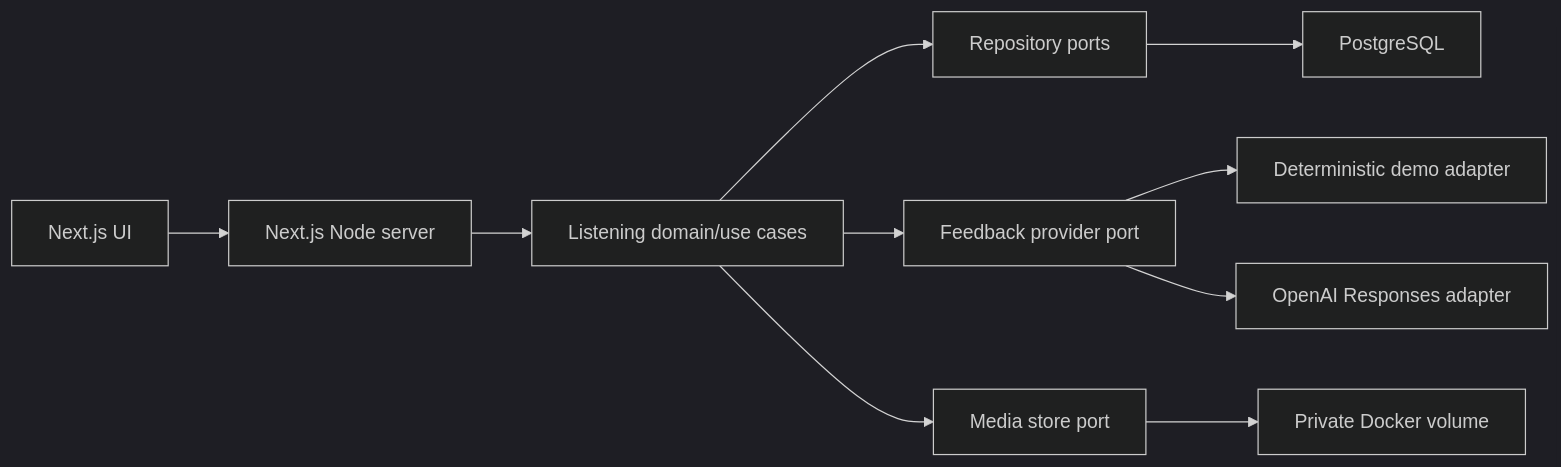
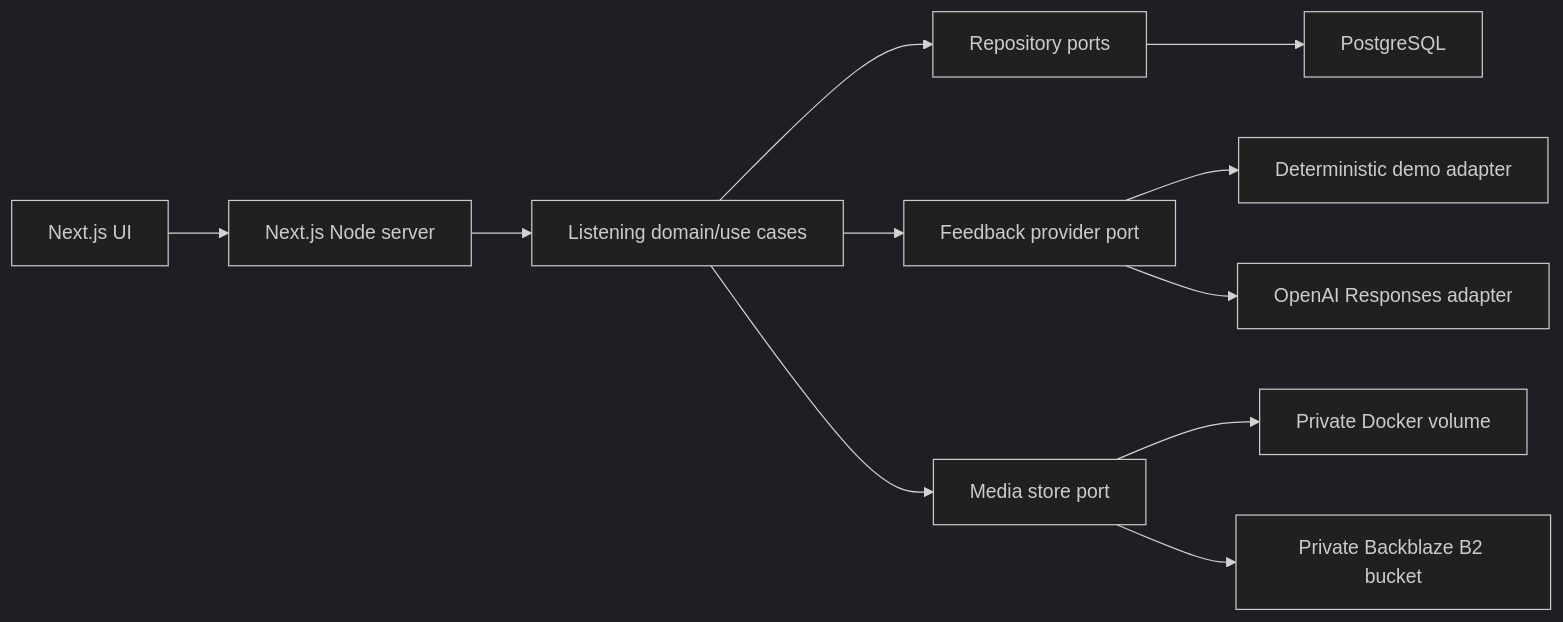
The diagram in docs/ARCHITECTURE.md (much-doge/reHEARse), drawn with Mermaid (dark theme) before and after one commit. The commit also changed other lines of this file and 27 other files, not shown here.

````diff
--- a/docs/ARCHITECTURE.md
+++ b/docs/ARCHITECTURE.md
@@ -5,12 +5,13 @@
 ```mermaid
 flowchart LR
   Browser["Next.js UI"] --> App["Next.js Node server"]
   App --> Domain["Listening domain/use cases"]
   Domain --> Repo["Repository ports"]
   Domain --> Feedback["Feedback provider port"]
   Domain --> Media["Media store port"]
   Repo --> PG["PostgreSQL"]
   Feedback --> Demo["Deterministic demo adapter"]
   Feedback --> OpenAI["OpenAI Responses adapter"]
   Media --> Disk["Private Docker volume"]
+  Media --> B2["Private Backblaze B2 bucket"]
 ```
````
